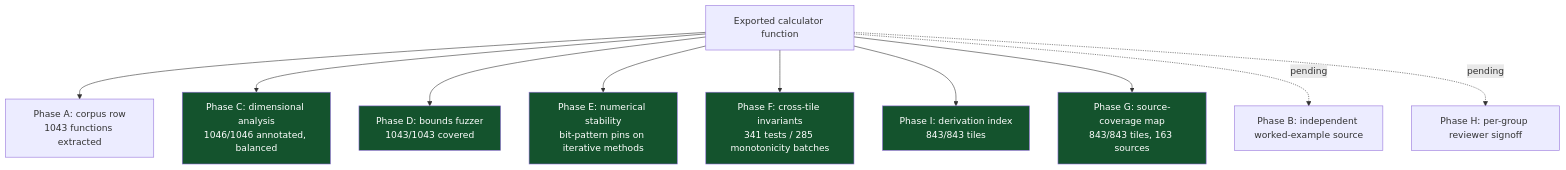
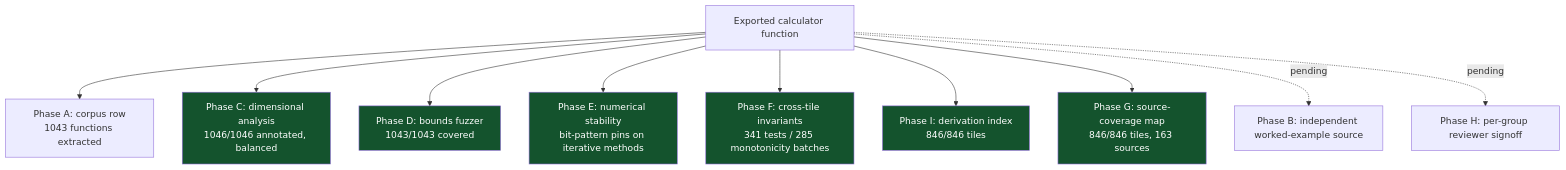
Before and after one commit to clay-good/roughlogic.com: the sixth of 8 diagrams in README.md, drawn with Mermaid. The commit also changed other lines of this file and 19 other files, not shown here.

````diff
--- a/README.md
+++ b/README.md
@@ -519,18 +519,18 @@
 ```mermaid
 flowchart TB
     F[Exported calculator function] --> A[Phase A: corpus row\n1043 functions extracted]
     F --> C[Phase C: dimensional analysis\n1046/1046 annotated, balanced]
     F --> D[Phase D: bounds fuzzer\n1043/1043 covered]
     F --> E[Phase E: numerical stability\nbit-pattern pins on iterative methods]
     F --> Fa[Phase F: cross-tile invariants\n341 tests / 285 monotonicity batches]
-    F --> I[Phase I: derivation index\n843/843 tiles]
-    F --> G[Phase G: source-coverage map\n843/843 tiles, 163 sources]
+    F --> I[Phase I: derivation index\n846/846 tiles]
+    F --> G[Phase G: source-coverage map\n846/846 tiles, 163 sources]
     F -.pending.-> B[Phase B: independent worked-example source]
     F -.pending.-> H[Phase H: per-group reviewer signoff]
     style C fill:#14532d,color:#fff
     style D fill:#14532d,color:#fff
     style E fill:#14532d,color:#fff
     style Fa fill:#14532d,color:#fff
     style G fill:#14532d,color:#fff
     style I fill:#14532d,color:#fff
 ```
````
